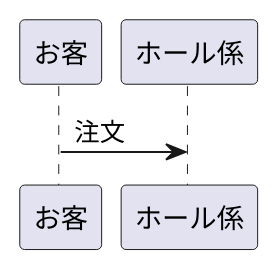
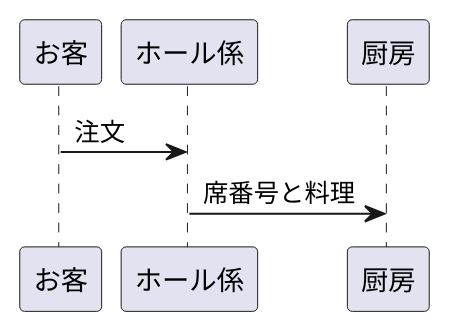
The diagram in kadai3.md (Aso2001367/2021sys-design), drawn with PlantUML before and after one commit.

````diff
--- a/kadai3.md
+++ b/kadai3.md
@@ -1,5 +1,6 @@
 ```uml
 @startuml
 お客 -> "ホール係" :注文
+"ホール係" -> "厨房" :席番号と料理
 @enduml
 ```
````
